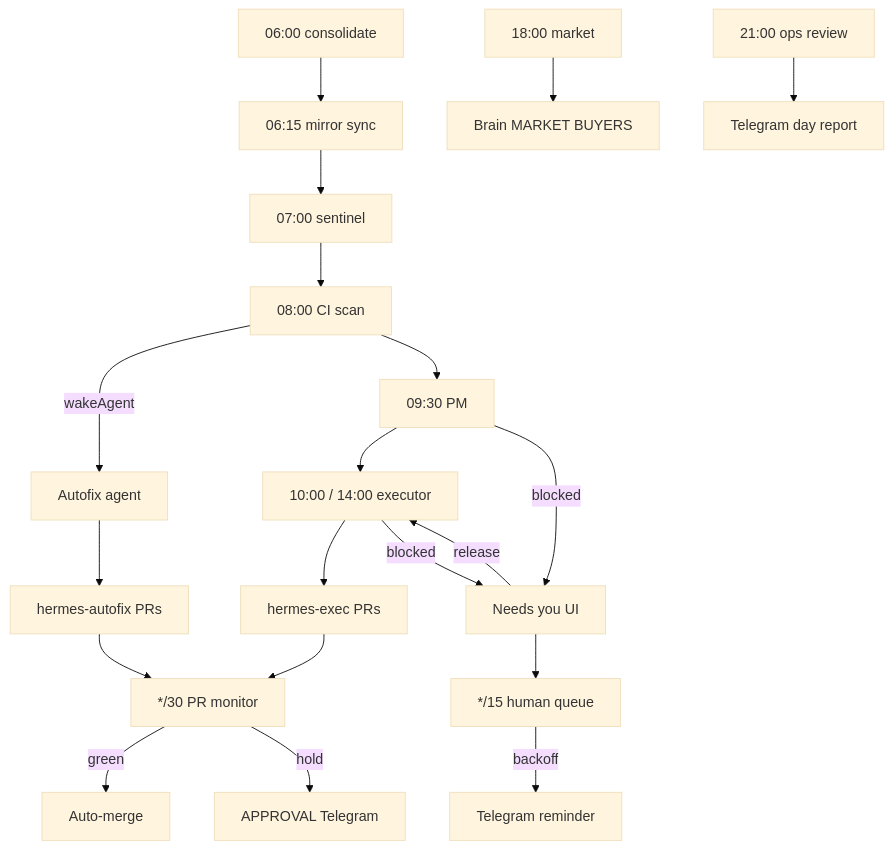
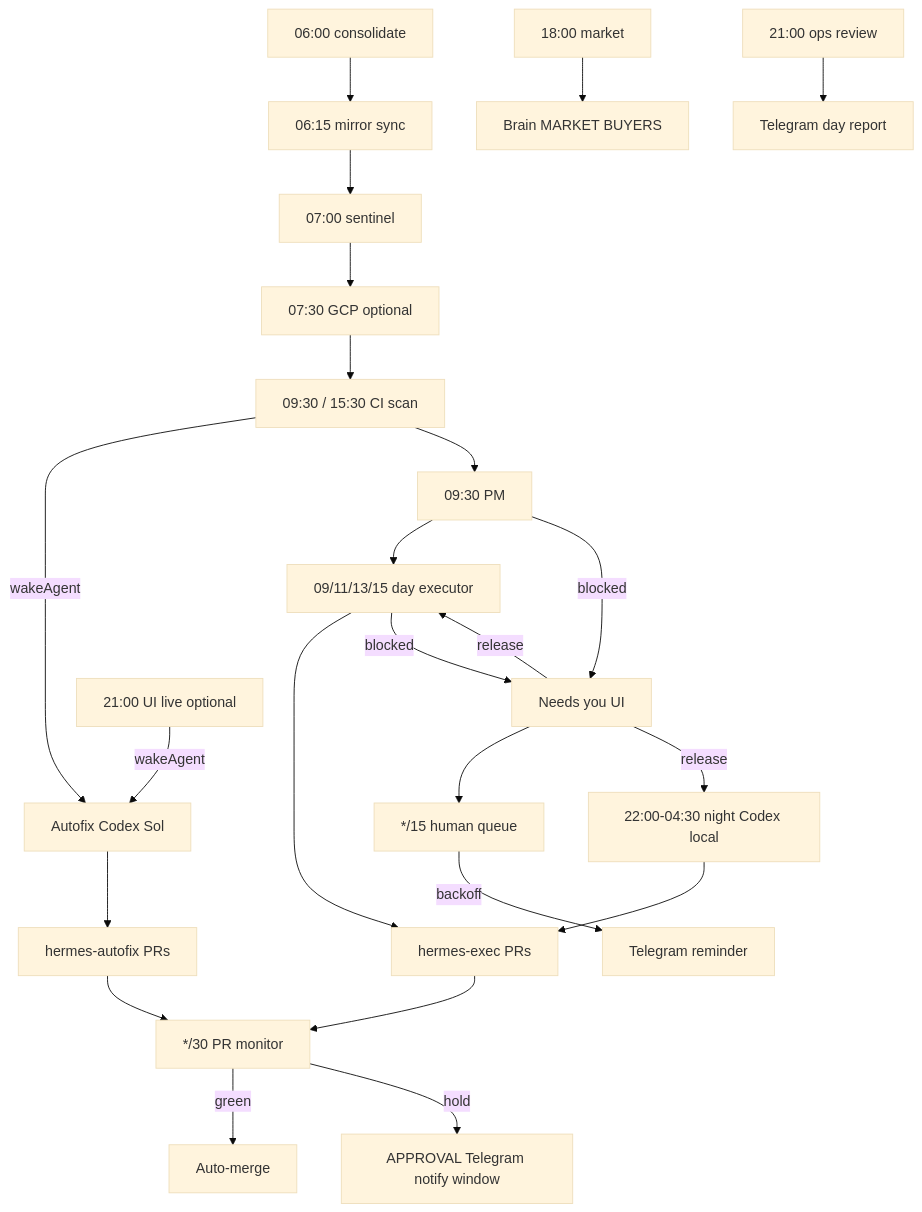
One commit to jtk4545/hermes-ops-kit changed the second of 3 diagrams in docs/ARCHITECTURE.md. Above: the diagram before and after it, drawn with Mermaid (base theme). The commit also changed other lines of this file and 33 other files, not shown here.

First line of the commit message:
Port check-in, instances, optional GCP/UI-live, and day/night cron topology.

````diff
--- a/docs/ARCHITECTURE.md
+++ b/docs/ARCHITECTURE.md
@@ -72,22 +75,26 @@
 ```mermaid
 flowchart TD
   c0600[06:00 consolidate] --> c0615[06:15 mirror sync]
   c0615 --> c0700[07:00 sentinel]
-  c0700 --> c0800[08:00 CI scan]
-  c0800 -->|wakeAgent| autofix[Autofix agent]
-  c0800 --> c0930[09:30 PM]
-  c0930 --> c1000[10:00 / 14:00 executor]
-  c1000 --> prs[hermes-exec PRs]
+  c0700 --> c0730[07:30 GCP optional]
+  c0730 --> c0930ci[09:30 / 15:30 CI scan]
+  c0930ci -->|wakeAgent| autofix[Autofix Codex Sol]
+  c0930ci --> c0930pm[09:30 PM]
+  c0930pm --> cDay[09/11/13/15 day executor]
+  cDay --> prs[hermes-exec PRs]
   autofix --> afPRs[hermes-autofix PRs]
+  cNight[22:00-04:30 night Codex local] --> prs
   prs --> monitor[*/30 PR monitor]
   afPRs --> monitor
   monitor -->|green| merge[Auto-merge]
-  monitor -->|hold| approval[APPROVAL Telegram]
-  c0930 -->|blocked| needsYou[Needs you UI]
-  c1000 -->|blocked| needsYou
+  monitor -->|hold| approval[APPROVAL Telegram notify window]
+  c0930pm -->|blocked| needsYou[Needs you UI]
+  cDay -->|blocked| needsYou
   needsYou --> hq[*/15 human queue]
   hq -->|backoff| tgRemind[Telegram reminder]
-  needsYou -->|release| c1000
+  needsYou -->|release| cDay
+  needsYou -->|release| cNight
   c1800[18:00 market] --> brain[Brain MARKET BUYERS]
   c2100[21:00 ops review] --> dayReport[Telegram day report]
+  cUIlive[21:00 UI live optional] -->|wakeAgent| autofix
 ```
````
